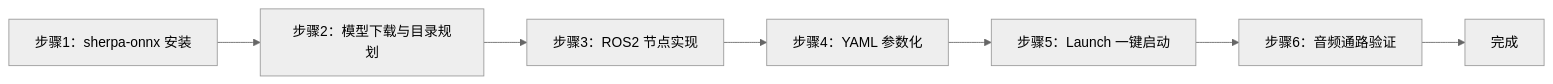
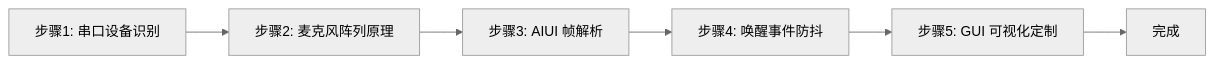
One commit to aibittek/course_generate_agent changed the diagram in courses/sheet1/speech_practice/_parts/experiment-1.md. Above: the diagram before and after it, drawn with Mermaid (neutral theme). The commit also changed other lines of this file and 13 other files, not shown here.

````diff
--- a/courses/sheet1/speech_practice/_parts/experiment-1.md
+++ b/courses/sheet1/speech_practice/_parts/experiment-1.md
@@ -61,9 +102,8 @@
 ```mermaid
 graph LR
-    A[步骤1：sherpa-onnx 安装] --> B[步骤2：模型下载与目录规划]
-    B --> C[步骤3：ROS2 节点实现]
-    C --> D[步骤4：YAML 参数化]
-    D --> E[步骤5：Launch 一键启动]
-    E --> F[步骤6：音频通路验证]
-    F --> G[完成]
+    A[步骤1: 串口设备识别] --> B[步骤2: 麦克风阵列原理]
+    B --> C[步骤3: AIUI 帧解析]
+    C --> D[步骤4: 唤醒事件防抖]
+    D --> E[步骤5: GUI 可视化定制]
+    E --> F[完成]
 ```
````
